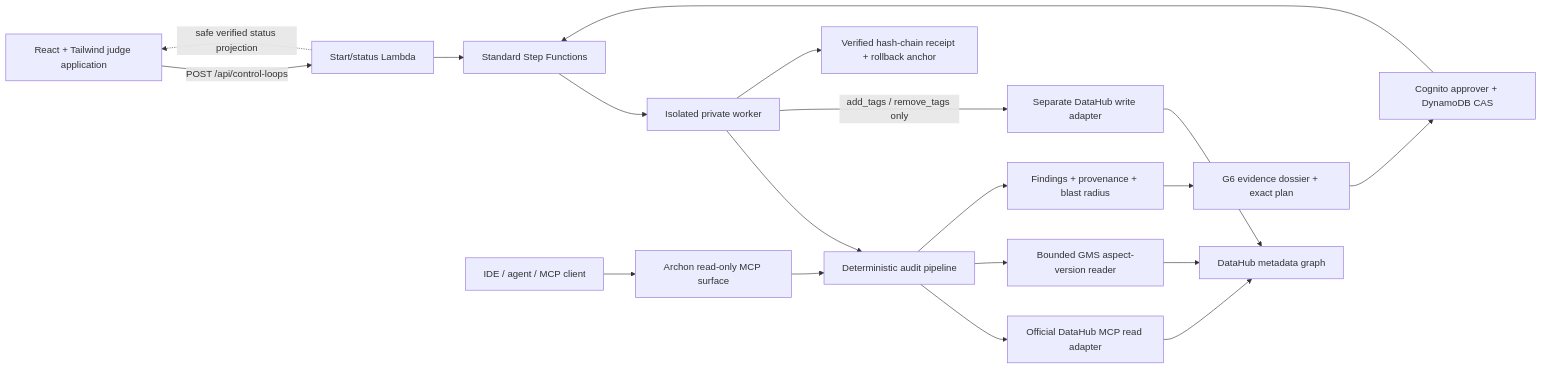
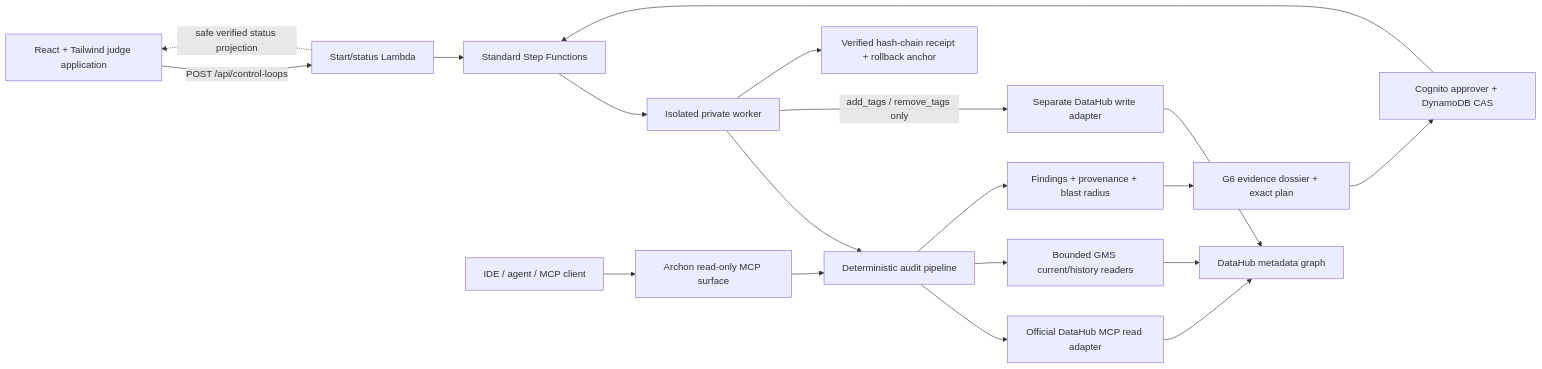
One commit to upgradedev/archon-datahub changed the diagram in README.md. Above: the diagram before and after it, drawn with Mermaid. The commit also changed other lines of this file and 14 other files, not shown here.

````diff
--- a/README.md
+++ b/README.md
@@ -63,21 +63,21 @@
 ```mermaid
 flowchart LR
   UI["React + Tailwind judge application"] -->|POST /api/control-loops| CONTROL["Start/status Lambda"]
   CONTROL --> SFN["Standard Step Functions"]
   SFN --> WORKER["Isolated private worker"]
   CONTROL -. safe verified status projection .-> UI
   IDE["IDE / agent / MCP client"] --> AMCP["Archon read-only MCP surface"]
   WORKER --> PIPE["Deterministic audit pipeline"]
   AMCP --> PIPE
   PIPE --> READ["Official DataHub MCP read adapter"]
-  PIPE --> HIST["Bounded GMS aspect-version reader"]
+  PIPE --> GMSREAD["Bounded GMS current/history readers"]
   READ --> DH["DataHub metadata graph"]
-  HIST --> DH
+  GMSREAD --> DH
   PIPE --> FIND["Findings + provenance + blast radius"]
   FIND --> DOSSIER["G6 evidence dossier + exact plan"]
   DOSSIER --> APPROVAL["Cognito approver + DynamoDB CAS"]
   APPROVAL --> SFN
   WORKER -->|add_tags / remove_tags only| WRITE["Separate DataHub write adapter"]
   WRITE --> DH
   WORKER --> RECEIPT["Verified hash-chain receipt + rollback anchor"]
 ```
````
